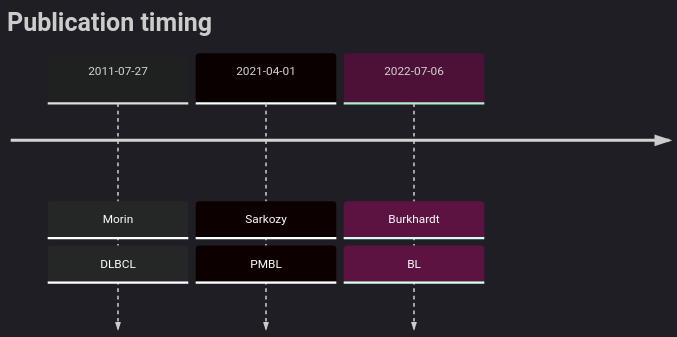
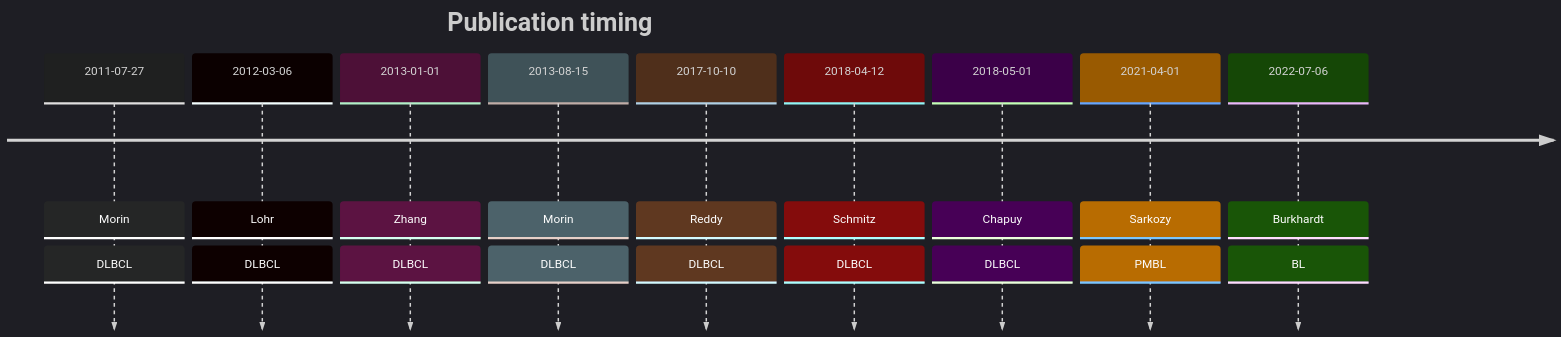
The diagram in BTG1.md (morinlab/lymphopedia), drawn with Mermaid before and after one commit.

````diff
--- a/BTG1.md
+++ b/BTG1.md
@@ -19,8 +19,14 @@
 ```mermaid
 %%{init: { 'logLevel': 'debug', 'theme': 'dark' } }%%
 timeline
     title Publication timing
-      2011-07-27 : Morin : DLBCL
-      2021-04-01 : Sarkozy : PMBL
-      2022-07-06 : Burkhardt : BL
+2011-07-27 : Morin : DLBCL
+2012-03-06 : Lohr : DLBCL
+2013-01-01 : Zhang : DLBCL
+2013-08-15 : Morin : DLBCL
+2017-10-10 : Reddy : DLBCL
+2018-04-12 : Schmitz : DLBCL
+2018-05-01 : Chapuy : DLBCL
+2021-04-01 : Sarkozy : PMBL
+2022-07-06 : Burkhardt : BL
 ```
````
